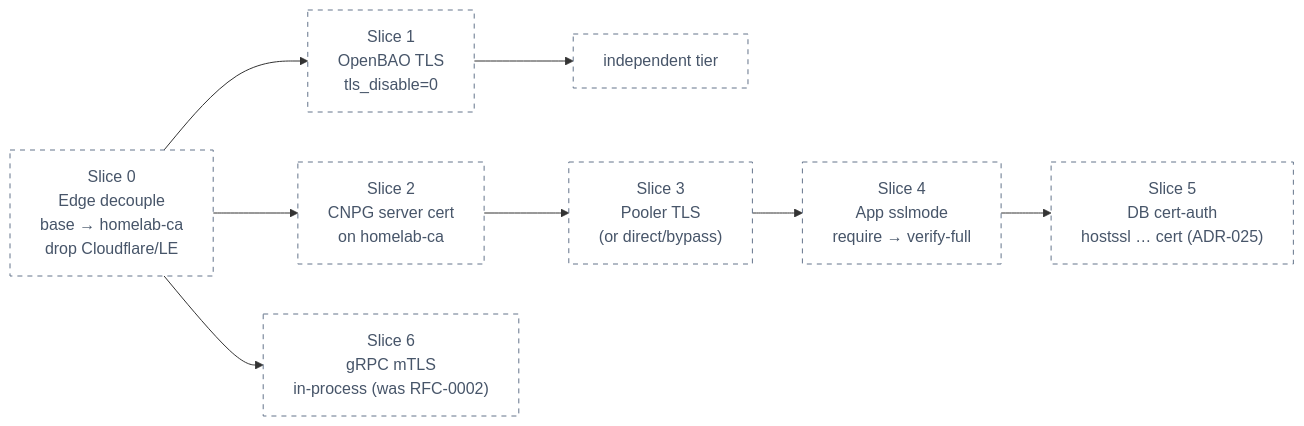
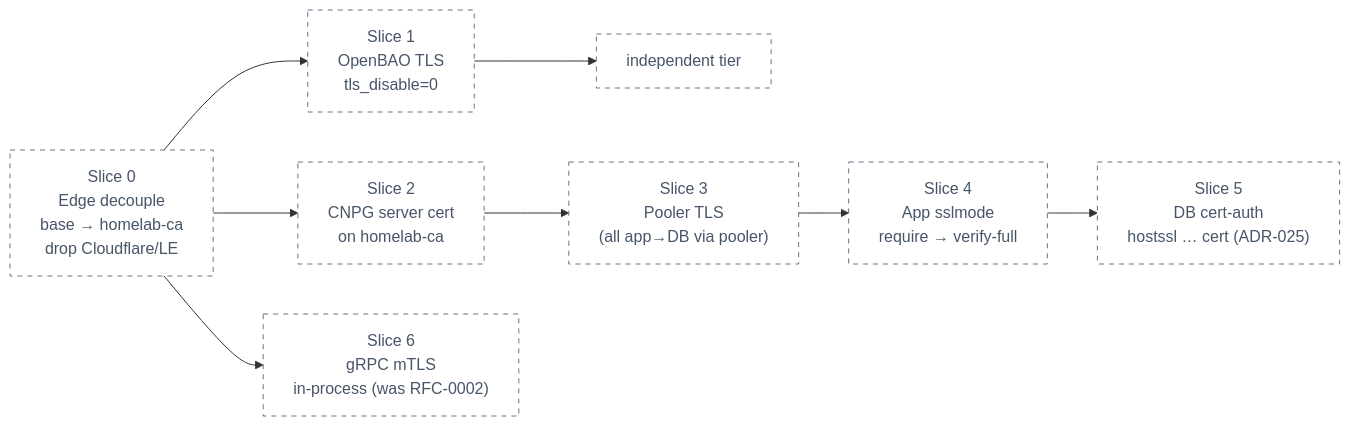
Before and after one commit to duynhlab/homelab: the second of 2 diagrams in docs/proposals/rfc/RFC-0020/research.md, drawn with Mermaid. The commit also changed other lines of this file and 1 other file, not shown here.

First line of the commit message:
Record RFC-0020 owner decision: all app-DB via pooler

````diff
--- a/docs/proposals/rfc/RFC-0020/research.md
+++ b/docs/proposals/rfc/RFC-0020/research.md
@@ -212,14 +212,14 @@
 ```mermaid
 flowchart LR
   s0["Slice 0<br/>Edge decouple<br/>base → homelab-ca<br/>drop Cloudflare/LE"] --> s1
   s1["Slice 1<br/>OpenBAO TLS<br/>tls_disable=0"] --> note1
   s0 --> s2["Slice 2<br/>CNPG server cert<br/>on homelab-ca"]
-  s2 --> s3["Slice 3<br/>Pooler TLS<br/>(or direct/bypass)"]
+  s2 --> s3["Slice 3<br/>Pooler TLS<br/>(all app→DB via pooler)"]
   s3 --> s4["Slice 4<br/>App sslmode<br/>require → verify-full"]
   s4 --> s5["Slice 5<br/>DB cert-auth<br/>hostssl … cert (ADR-025)"]
   s0 --> s6["Slice 6<br/>gRPC mTLS<br/>in-process (was RFC-0002)"]
   note1["independent tier"]
 
   classDef planned fill:#fff,color:#475569,stroke:#64748b,stroke-dasharray:5 5;
   class s0,s1,s2,s3,s4,s5,s6,note1 planned;
 ```
````
